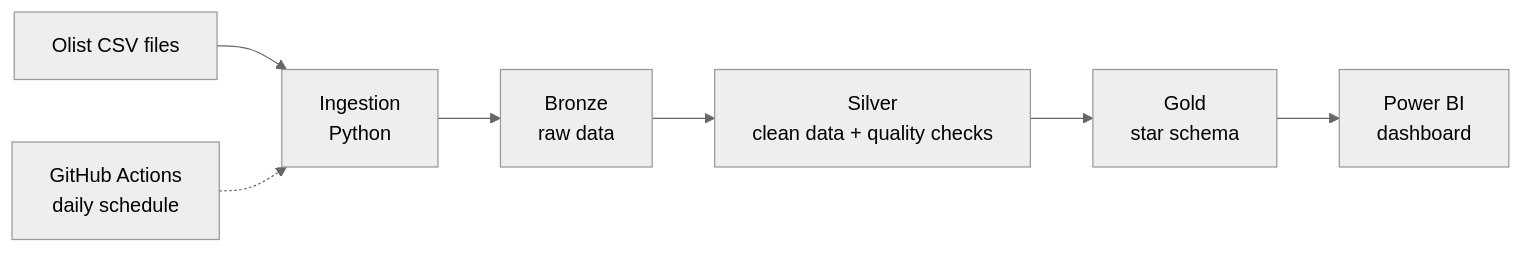
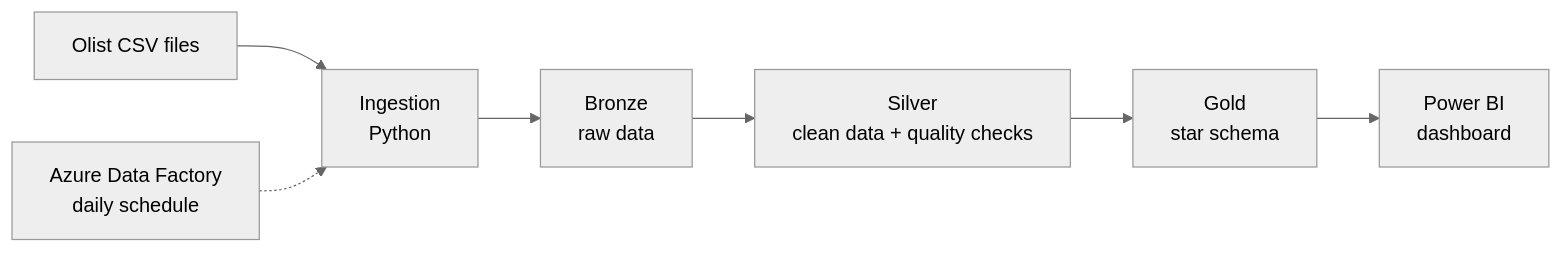
The diagram in README.md (jonathantorresdata/ecommerce-data-pipeline), drawn with Mermaid (neutral theme) before and after one commit. The commit also changed other lines of this file, not shown here.

Commit message:
Switch cloud platform to Azure in README

````diff
--- a/README.md
+++ b/README.md
@@ -19,9 +19,9 @@
 ```mermaid
 flowchart LR
     A[Olist CSV files] --> B[Ingestion<br/>Python]
     B --> C[Bronze<br/>raw data]
     C --> D[Silver<br/>clean data + quality checks]
     D --> E[Gold<br/>star schema]
     E --> F[Power BI<br/>dashboard]
-    G[GitHub Actions<br/>daily schedule] -.-> B
+    G[Azure Data Factory<br/>daily schedule] -.-> B
 ```
````
